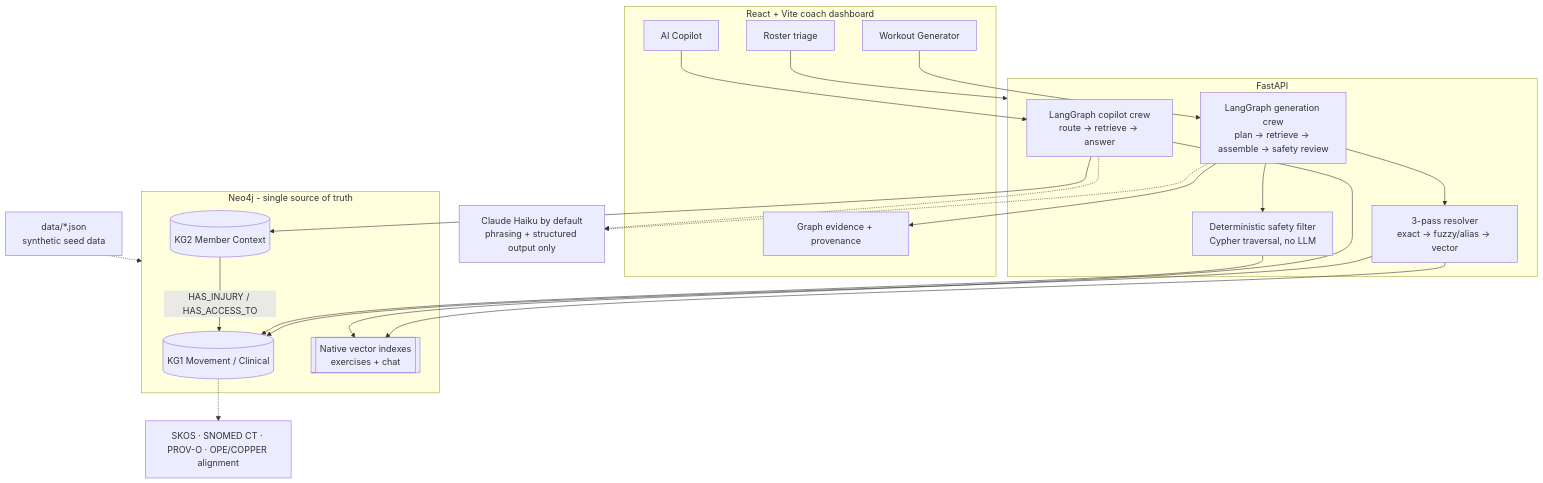
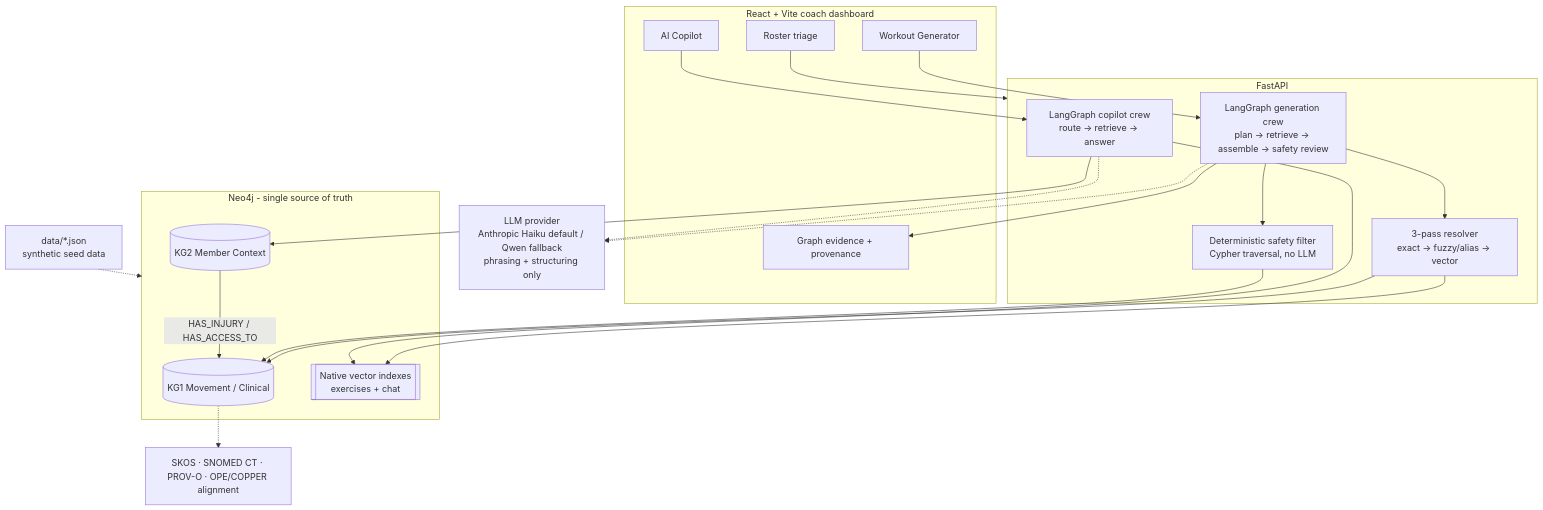
The diagram in README.md (trossitter/future-coach-dashboard), drawn with Mermaid before and after one commit. The commit also changed other lines of this file, not shown here.

````diff
--- a/README.md
+++ b/README.md
@@ -30,39 +30,39 @@
 ```mermaid
 flowchart TB
   subgraph UI["React + Vite coach dashboard"]
     R["Roster triage"]
     G["Workout Generator"]
     C["AI Copilot"]
     E["Graph evidence + provenance"]
   end
 
   subgraph API["FastAPI"]
     GEN["LangGraph generation crew<br/>plan -> retrieve -> assemble -> safety review"]
     COP["LangGraph copilot crew<br/>route -> retrieve -> answer"]
     RES["3-pass resolver<br/>exact -> fuzzy/alias -> vector"]
     SAFE["Deterministic safety filter<br/>Cypher traversal, no LLM"]
   end
 
   subgraph NEO["Neo4j - single source of truth"]
     KG1[("KG1 Movement / Clinical")]
     KG2[("KG2 Member Context")]
     VEC[["Native vector indexes<br/>exercises + chat"]]
   end
 
-  LLM["Claude Haiku by default<br/>phrasing + structured output only"]
+  LLM["LLM provider<br/>Anthropic Haiku default / Qwen fallback<br/>phrasing + structuring only"]
   ONT["SKOS · SNOMED CT · PROV-O · OPE/COPPER alignment"]
   SEED["data/*.json<br/>synthetic seed data"]
 
   SEED -.-> NEO
   R --> API
   G --> GEN --> RES --> KG1
   GEN --> SAFE --> KG1
   GEN --> E
   C --> COP --> KG2
   RES --> VEC
   COP --> VEC
   KG2 -->|"HAS_INJURY / HAS_ACCESS_TO"| KG1
   GEN -.-> LLM
   COP -.-> LLM
   KG1 -.-> ONT
 ```
````
